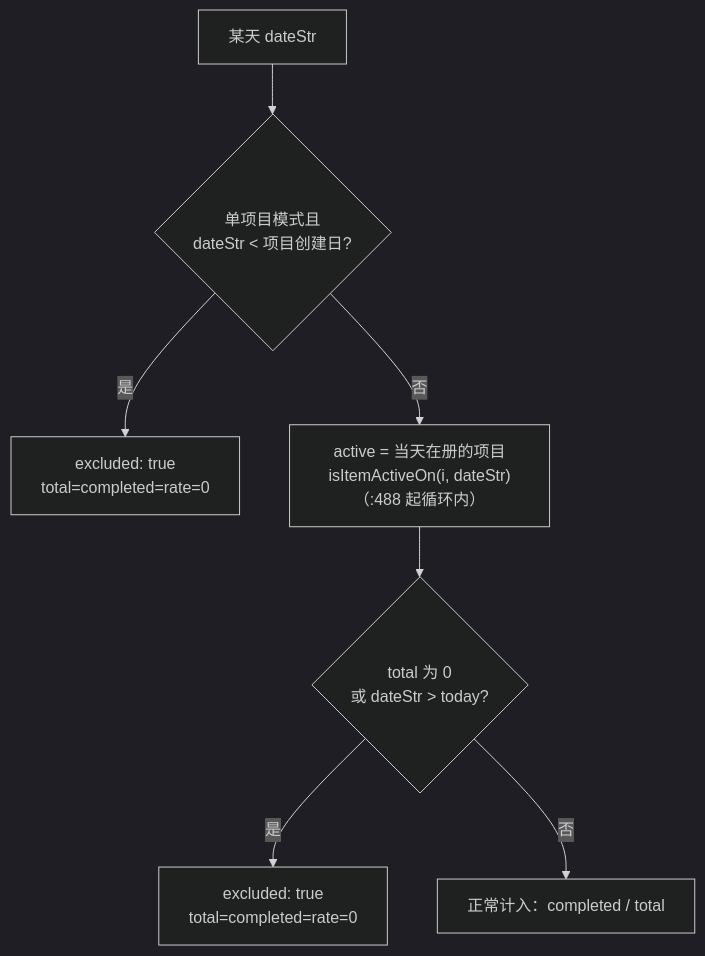
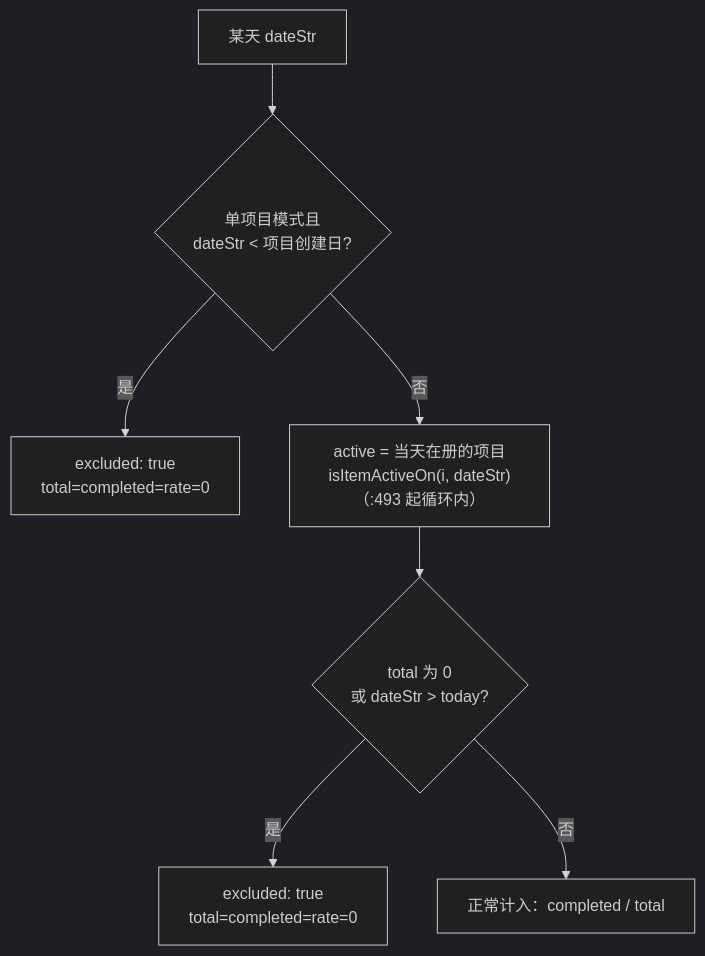
Before and after one commit to seanwang222/DayMark: the diagram in docs/architecture/stats.md, drawn with Mermaid (dark theme). The commit also changed other lines of this file and 5 other files, not shown here.

````diff
--- a/docs/architecture/stats.md
+++ b/docs/architecture/stats.md
@@ -11,9 +11,9 @@
 ```mermaid
 flowchart TD
   A[某天 dateStr] --> B{单项目模式且<br/>dateStr < 项目创建日?}
   B -- 是 --> E1["excluded: true<br/>total=completed=rate=0"]
-  B -- 否 --> C["active = 当天在册的项目<br/>isItemActiveOn(i, dateStr)（:488 起循环内）"]
+  B -- 否 --> C["active = 当天在册的项目<br/>isItemActiveOn(i, dateStr)（:493 起循环内）"]
   C --> D{total 为 0<br/>或 dateStr > today?}
   D -- 是 --> E2["excluded: true<br/>total=completed=rate=0"]
   D -- 否 --> F[正常计入：completed / total]
 ```
````
